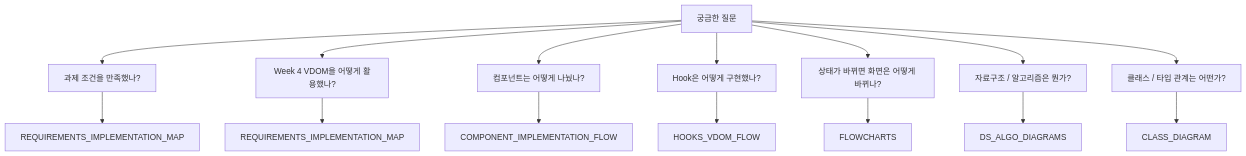
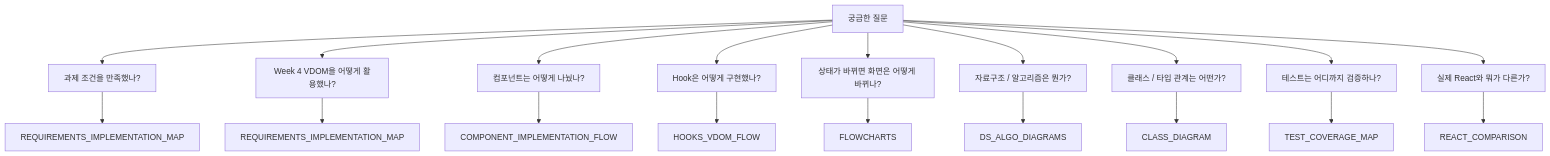
Before and after one commit to Jungle-12-303/week5-team3-react2: the second of 4 diagrams in docs/MASTER_DIAGRAM_ATLAS.md, drawn with Mermaid. The commit also changed other lines of this file and 5 other files, not shown here.

Commit message:
docs: add test coverage map and react comparison

````diff
--- a/docs/MASTER_DIAGRAM_ATLAS.md
+++ b/docs/MASTER_DIAGRAM_ATLAS.md
@@ -31,18 +37,22 @@
 ```mermaid
 flowchart TD
     A["궁금한 질문"] --> B["과제 조건을 만족했나?"]
     A --> C["Week 4 VDOM을 어떻게 활용했나?"]
     A --> D["컴포넌트는 어떻게 나눴나?"]
     A --> E["Hook은 어떻게 구현했나?"]
     A --> F["상태가 바뀌면 화면은 어떻게 바뀌나?"]
     A --> G["자료구조 / 알고리즘은 뭔가?"]
     A --> H["클래스 / 타입 관계는 어떤가?"]
+    A --> I["테스트는 어디까지 검증하나?"]
+    A --> J["실제 React와 뭐가 다른가?"]
 
     B --> B1["REQUIREMENTS_IMPLEMENTATION_MAP"]
     C --> C1["REQUIREMENTS_IMPLEMENTATION_MAP"]
     D --> D1["COMPONENT_IMPLEMENTATION_FLOW"]
     E --> E1["HOOKS_VDOM_FLOW"]
     F --> F1["FLOWCHARTS"]
     G --> G1["DS_ALGO_DIAGRAMS"]
     H --> H1["CLASS_DIAGRAM"]
+    I --> I1["TEST_COVERAGE_MAP"]
+    J --> J1["REACT_COMPARISON"]
 ```
````
